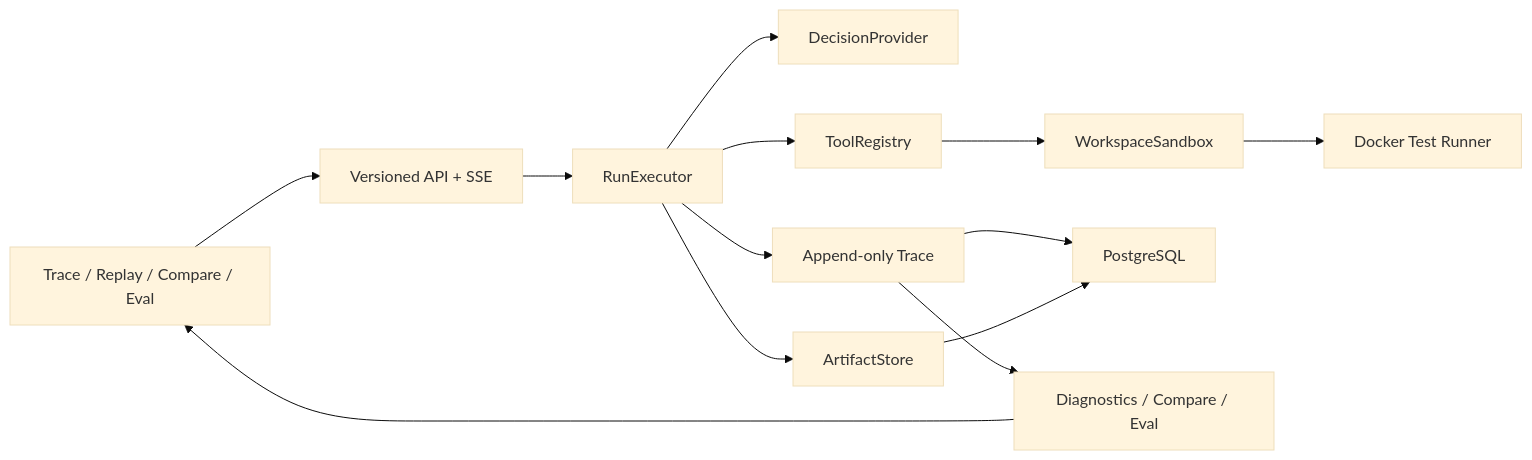
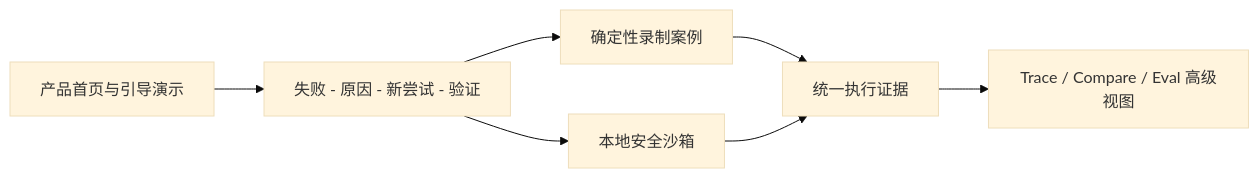
The diagram in README.md (ZackZhang-AI/AgentScope), drawn with Mermaid (base theme) before and after one commit. The commit also changed other lines of this file and 8 other files, not shown here.

````diff
--- a/README.md
+++ b/README.md
@@ -49,15 +91,9 @@
 ```mermaid
 flowchart LR
-  UI["Trace / Replay / Compare / Eval"] --> API["Versioned API + SSE"]
-  API --> EX["RunExecutor"]
-  EX --> DP["DecisionProvider"]
-  EX --> TR["ToolRegistry"]
-  TR --> WS["WorkspaceSandbox"]
-  WS --> DK["Docker Test Runner"]
-  EX --> EV["Append-only Trace"]
-  EX --> AR["ArtifactStore"]
-  EV --> PG["PostgreSQL"]
-  AR --> PG
-  EV --> AN["Diagnostics / Compare / Eval"]
-  AN --> UI
+  HOME["产品首页与引导演示"] --> STORY["失败 - 原因 - 新尝试 - 验证"]
+  STORY --> REC["确定性录制案例"]
+  STORY --> LOCAL["本地安全沙箱"]
+  REC --> TRACE["统一执行证据"]
+  LOCAL --> TRACE
+  TRACE --> ADV["Trace / Compare / Eval 高级视图"]
 ```
````
